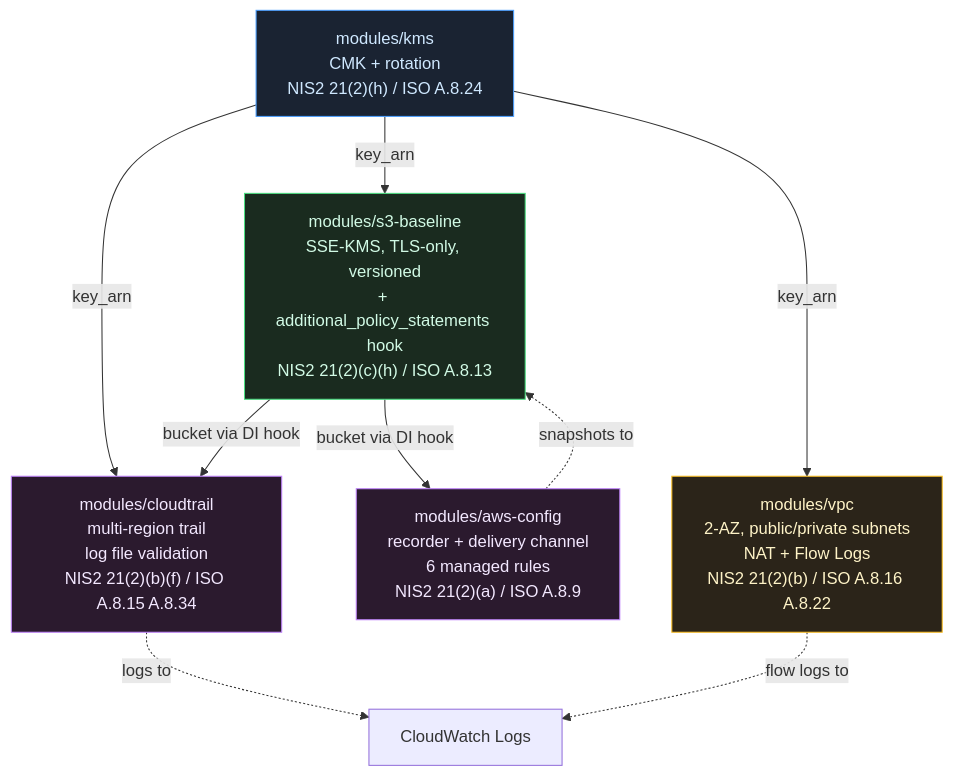
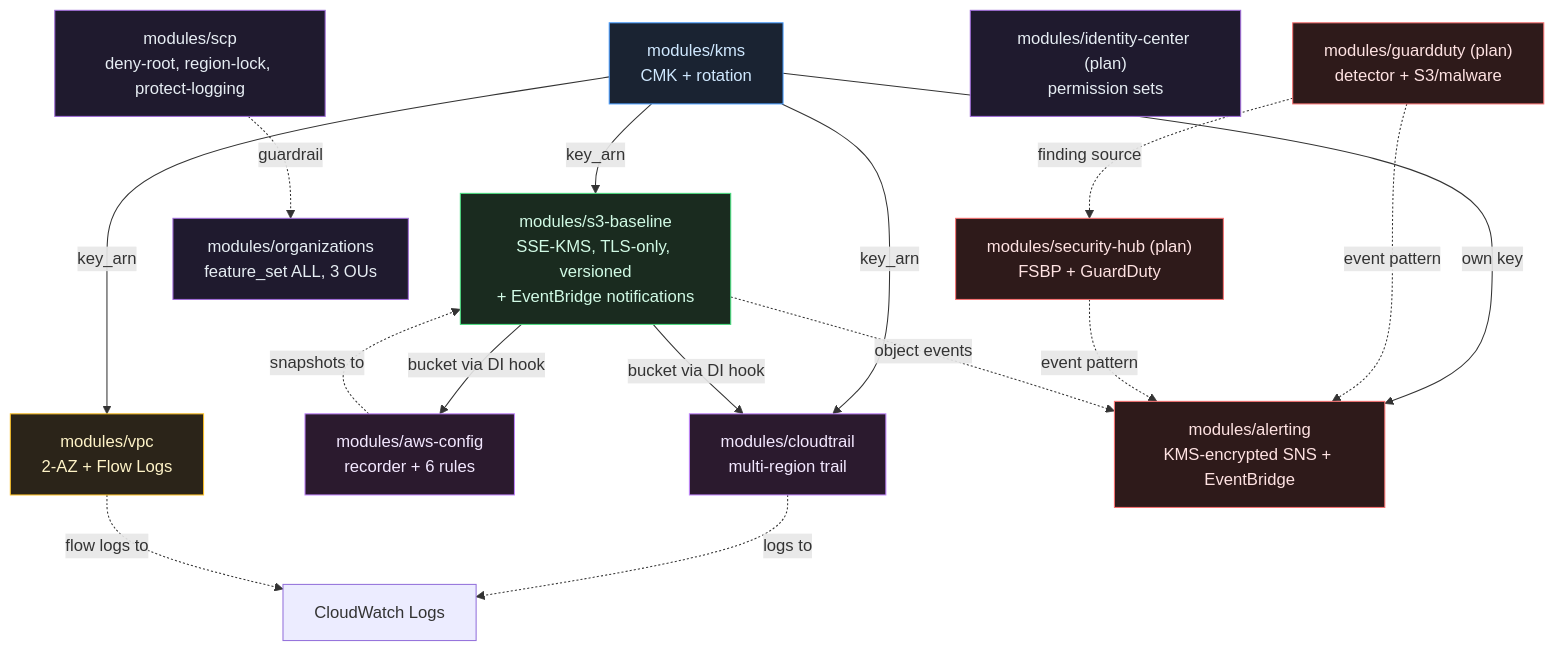
The first of 2 diagrams in docs/diagrams/architecture.md (olanak/aws-nis2-baseline), drawn with Mermaid before and after one commit. The commit also changed other lines of this file and 22 other files, not shown here.

First line of the commit message:
docs(week5): consolidate NIS2/ISO/supply-chain documentation + commit provider lockfiles

````diff
--- a/docs/diagrams/architecture.md
+++ b/docs/diagrams/architecture.md
@@ -5,33 +7,43 @@
 ```mermaid
 graph TD
-    KMS["modules/kms<br/>CMK + rotation<br/>NIS2 21(2)(h) / ISO A.8.24"]
-
-    S3["modules/s3-baseline<br/>SSE-KMS, TLS-only, versioned<br/>+ additional_policy_statements hook<br/>NIS2 21(2)(c)(h) / ISO A.8.13"]
-
-    CT["modules/cloudtrail<br/>multi-region trail<br/>log file validation<br/>NIS2 21(2)(b)(f) / ISO A.8.15 A.8.34"]
-
-    CFG["modules/aws-config<br/>recorder + delivery channel<br/>6 managed rules<br/>NIS2 21(2)(a) / ISO A.8.9"]
-
-    VPC["modules/vpc<br/>2-AZ, public/private subnets<br/>NAT + Flow Logs<br/>NIS2 21(2)(b) / ISO A.8.16 A.8.22"]
+    KMS["modules/kms<br/>CMK + rotation"]
+    S3["modules/s3-baseline<br/>SSE-KMS, TLS-only, versioned<br/>+ EventBridge notifications"]
+    CT["modules/cloudtrail<br/>multi-region trail"]
+    CFG["modules/aws-config<br/>recorder + 6 rules"]
+    VPC["modules/vpc<br/>2-AZ + Flow Logs"]
+    ORG["modules/organizations<br/>feature_set ALL, 3 OUs"]
+    SCP["modules/scp<br/>deny-root, region-lock, protect-logging"]
+    IDC["modules/identity-center (plan)<br/>permission sets"]
+    GD["modules/guardduty (plan)<br/>detector + S3/malware"]
+    SH["modules/security-hub (plan)<br/>FSBP + GuardDuty"]
+    ALERT["modules/alerting<br/>KMS-encrypted SNS + EventBridge"]
 
     KMS -->|key_arn| S3
     KMS -->|key_arn| CT
     KMS -->|key_arn| VPC
-
+    KMS -->|own key| ALERT
     S3 -->|bucket via DI hook| CT
     S3 -->|bucket via DI hook| CFG
-
     CT -.->|logs to| CWL["CloudWatch Logs"]
     VPC -.->|flow logs to| CWL
     CFG -.->|snapshots to| S3
+    SCP -.guardrail.-> ORG
+    GD -.finding source.-> SH
+    GD -.event pattern.-> ALERT
+    SH -.event pattern.-> ALERT
+    S3 -.object events.-> ALERT
 
     classDef crypto fill:#1a2332,stroke:#4a9eff,color:#cfe8ff
     classDef storage fill:#1a2b1f,stroke:#4ade80,color:#d1fae5
     classDef logging fill:#2b1a2e,stroke:#c084fc,color:#f3e8ff
     classDef network fill:#2b2419,stroke:#fbbf24,color:#fef3c7
+    classDef identity fill:#1f1a2e,stroke:#9F6BD8,color:#e6edf3
+    classDef detection fill:#2e1a1a,stroke:#f87171,color:#fee2e2
 
     class KMS crypto
     class S3 storage
     class CT,CFG logging
     class VPC network
+    class ORG,SCP,IDC identity
+    class GD,SH,ALERT detection
 ```
````
